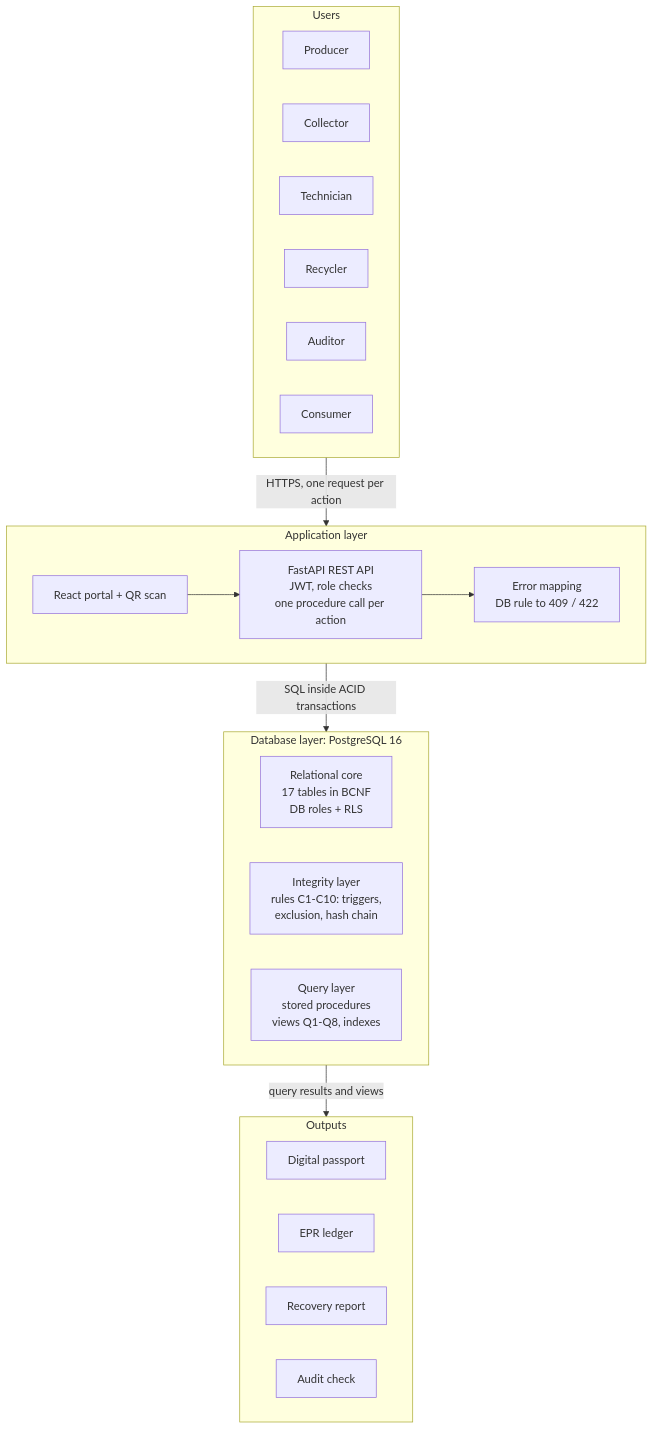
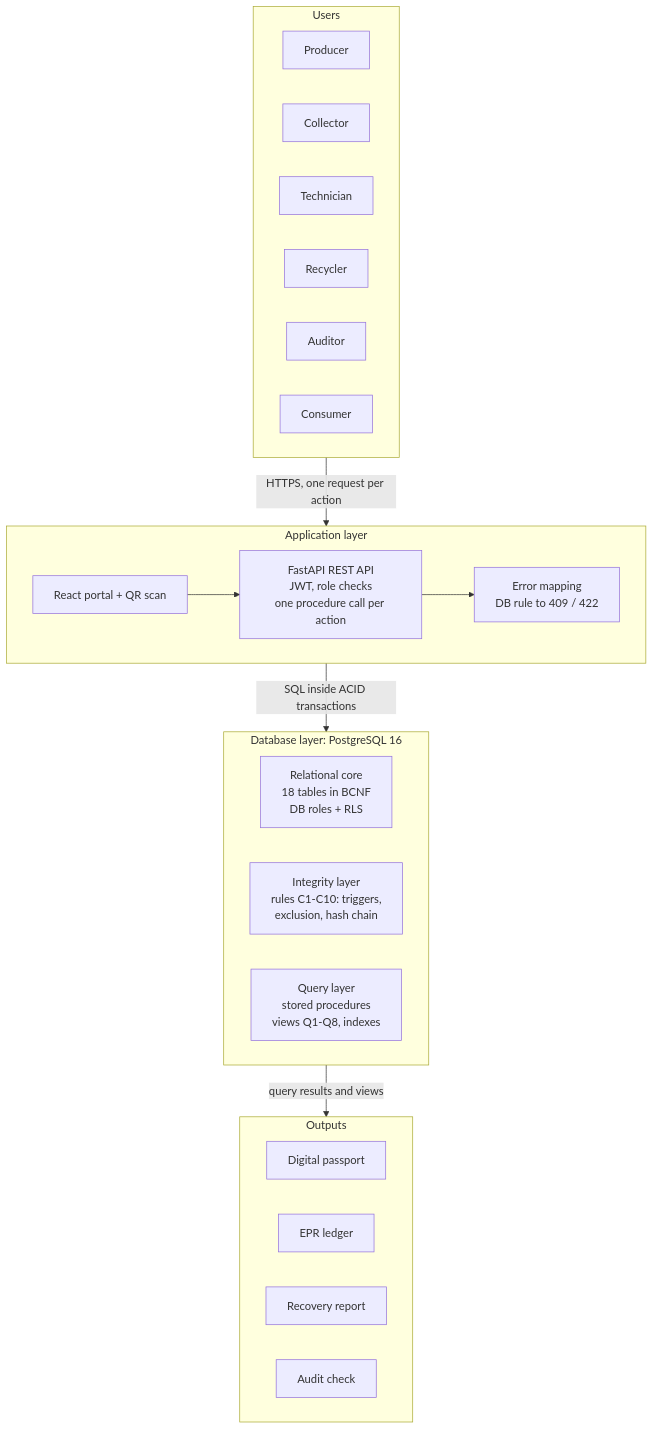
The first of 3 diagrams in docs/ReCircuit_PRD.md (Rohithpranov07/ReCircuit), drawn with Mermaid before and after one commit. The commit also changed other lines of this file and 2 other files, not shown here.

````diff
--- a/docs/ReCircuit_PRD.md
+++ b/docs/ReCircuit_PRD.md
@@ -447,21 +447,21 @@
 ```mermaid
 flowchart TB
   subgraph U[Users]
     P[Producer] & C[Collector] & T[Technician] & R[Recycler] & A[Auditor] & Q[Consumer]
   end
   subgraph APP[Application layer]
     W[React portal + QR scan] --> API[FastAPI REST API<br/>JWT, role checks<br/>one procedure call per action]
     API --> EM[Error mapping<br/>DB rule to 409 / 422]
   end
   subgraph DB[Database layer: PostgreSQL 16]
-    CORE[Relational core<br/>17 tables in BCNF<br/>DB roles + RLS]
+    CORE[Relational core<br/>18 tables in BCNF<br/>DB roles + RLS]
     INT[Integrity layer<br/>rules C1-C10: triggers,<br/>exclusion, hash chain]
     QL[Query layer<br/>stored procedures<br/>views Q1-Q8, indexes]
   end
   subgraph OUT[Outputs]
     O1[Digital passport] & O2[EPR ledger] & O3[Recovery report] & O4[Audit check]
   end
   U -- HTTPS, one request per action --> APP
   APP -- SQL inside ACID transactions --> DB
   DB -- query results and views --> OUT
 ```
````
